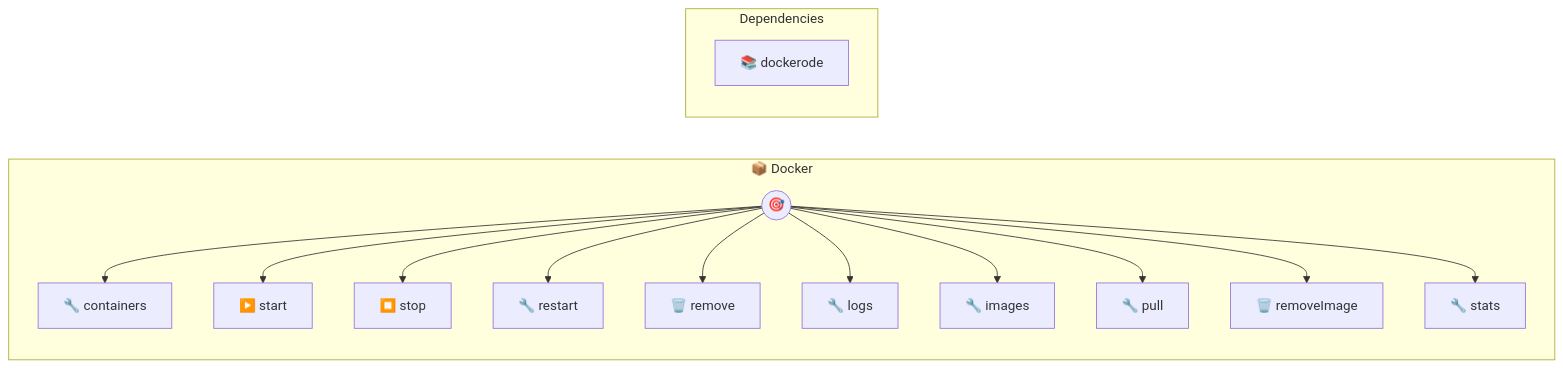
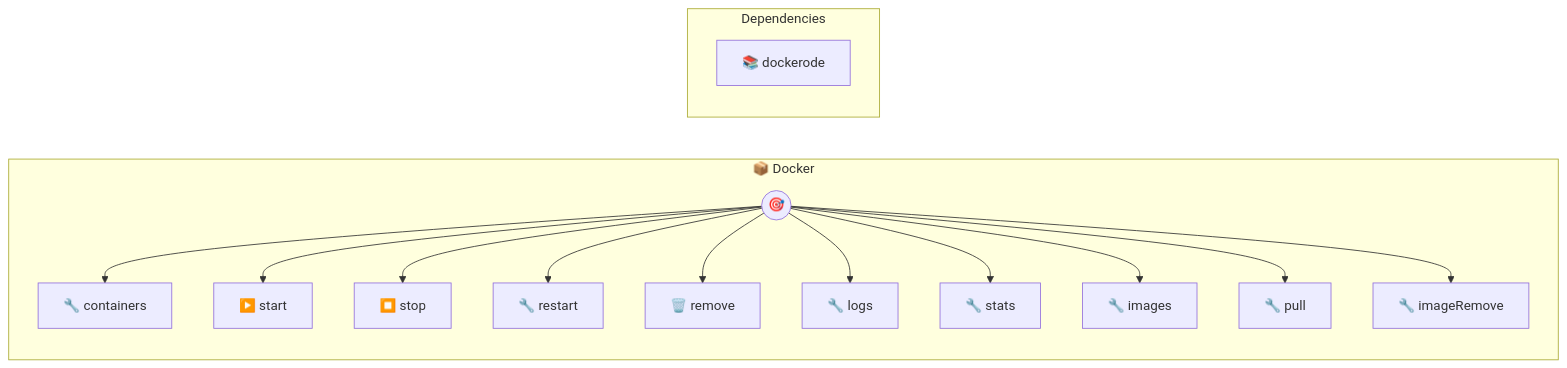
Before and after one commit to portel-dev/photons: the diagram in docker.md, drawn with Mermaid. The commit also changed other lines of this file and 8 other files, not shown here.

````diff
--- a/docker.md
+++ b/docker.md
@@ -192,32 +188,32 @@
 ```mermaid
 flowchart LR
     subgraph docker["📦 Docker"]
         direction TB
         PHOTON((🎯))
         T0[🔧 containers]
         PHOTON --> T0
         T1[▶️ start]
         PHOTON --> T1
         T2[⏹️ stop]
         PHOTON --> T2
         T3[🔧 restart]
         PHOTON --> T3
         T4[🗑️ remove]
         PHOTON --> T4
         T5[🔧 logs]
         PHOTON --> T5
-        T6[🔧 images]
+        T6[🔧 stats]
         PHOTON --> T6
-        T7[🔧 pull]
+        T7[🔧 images]
         PHOTON --> T7
-        T8[🗑️ removeImage]
+        T8[🔧 pull]
         PHOTON --> T8
-        T9[🔧 stats]
+        T9[🔧 imageRemove]
         PHOTON --> T9
     end
 
     subgraph deps["Dependencies"]
         direction TB
         NPM0[📚 dockerode]
     end
 ```
````
